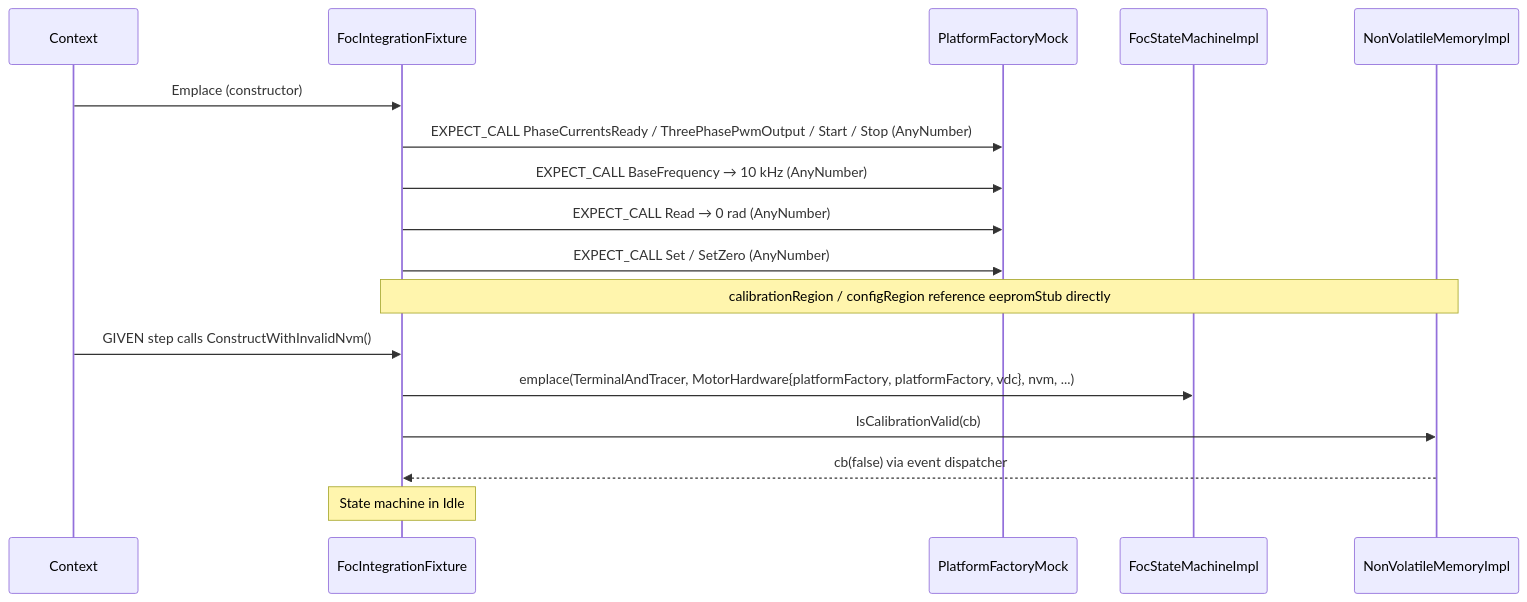
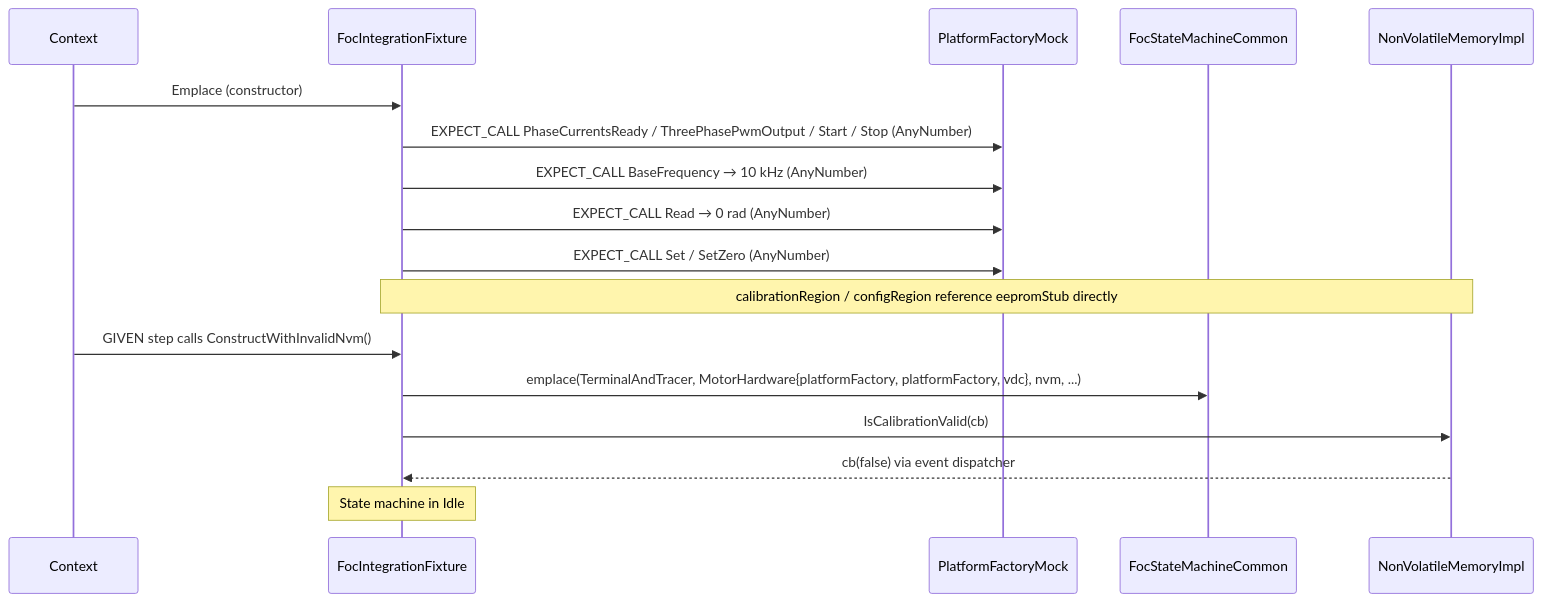
The first of 3 diagrams in documentation/design/integration-testing.md (embedded-pro/e-foc), drawn with Mermaid before and after one commit. The commit also changed other lines of this file and 320 other files, not shown here.

````diff
--- a/documentation/design/integration-testing.md
+++ b/documentation/design/integration-testing.md
@@ -67,21 +72,21 @@
 ```mermaid
 sequenceDiagram
     participant Context
     participant Fixture as FocIntegrationFixture
     participant PFM as PlatformFactoryMock
-    participant SM as FocStateMachineImpl
+    participant SM as FocStateMachineCommon
     participant NVM as NonVolatileMemoryImpl
 
     Context->>Fixture: Emplace (constructor)
     Fixture->>PFM: EXPECT_CALL PhaseCurrentsReady / ThreePhasePwmOutput / Start / Stop (AnyNumber)
     Fixture->>PFM: EXPECT_CALL BaseFrequency → 10 kHz (AnyNumber)
     Fixture->>PFM: EXPECT_CALL Read → 0 rad (AnyNumber)
     Fixture->>PFM: EXPECT_CALL Set / SetZero (AnyNumber)
     Note over Fixture,NVM: calibrationRegion / configRegion reference eepromStub directly
 
     Context->>Fixture: GIVEN step calls ConstructWithInvalidNvm()
     Fixture->>SM: emplace(TerminalAndTracer, MotorHardware{platformFactory, platformFactory, vdc}, nvm, ...)
     Fixture->>NVM: IsCalibrationValid(cb)
     NVM-->>Fixture: cb(false) via event dispatcher
     Note over Fixture: State machine in Idle
 ```
````
